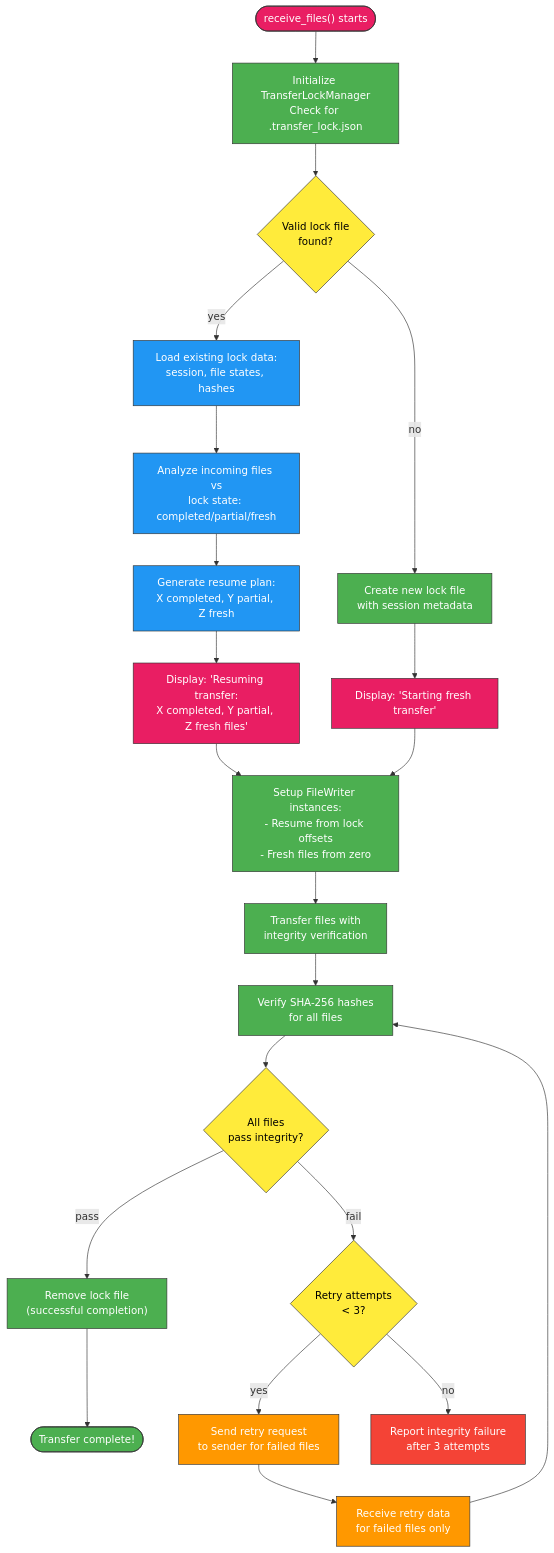
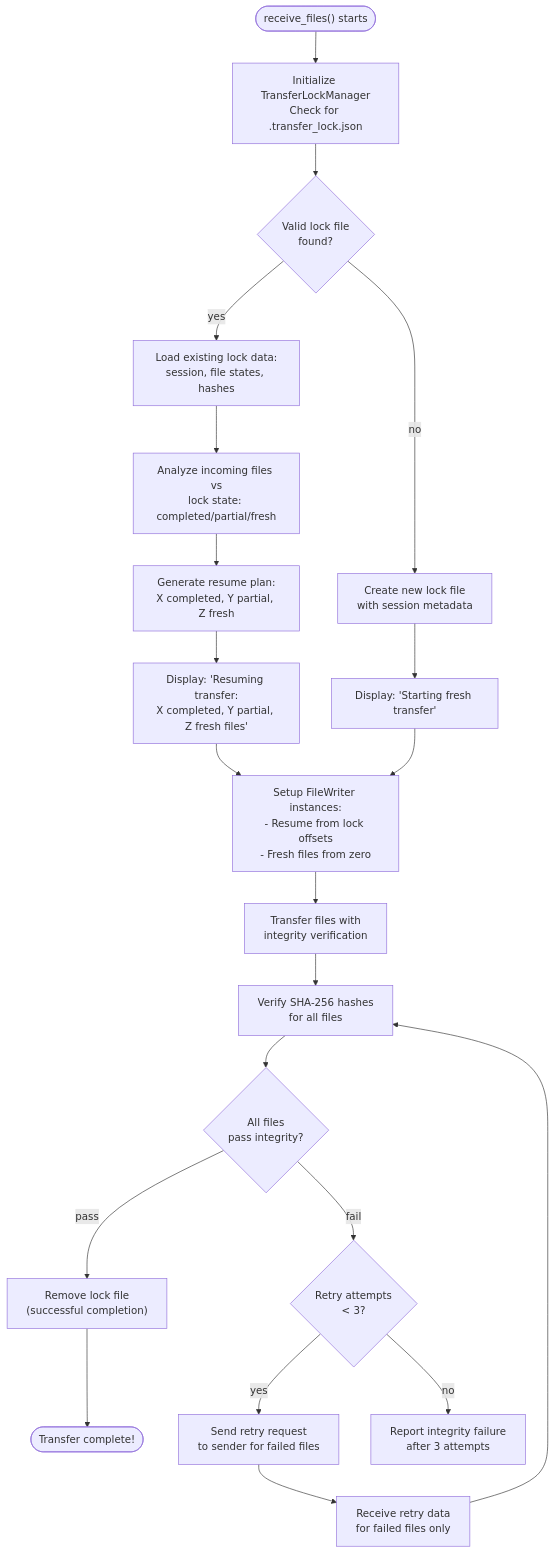
Before and after one commit to proudsunburn/ftransfer: the third of 3 diagrams in docs/receive_files.md, drawn with Mermaid. The commit also changed other lines of this file and 23 other files, not shown here.

Commit message:
MINOR: Remove colors from mermaid for easy light/dark mode switching

````diff
--- a/docs/receive_files.md
+++ b/docs/receive_files.md
@@ -166,58 +152,51 @@
 ```mermaid
 graph TD
-    start(["receive_files() starts"]):::pink
+    start(["receive_files() starts"])
 
-    check_lock["Initialize TransferLockManager<br/>Check for .transfer_lock.json"]:::success
-    lock_exists{"Valid lock file<br/>found?"}:::yellow
+    check_lock["Initialize TransferLockManager<br/>Check for .transfer_lock.json"]
+    lock_exists{"Valid lock file<br/>found?"}
 
-    load_lock["Load existing lock data:<br/>session, file states, hashes"]:::lightblue
-    analyze_files["Analyze incoming files vs<br/>lock state: completed/partial/fresh"]:::lightblue
-    create_plan["Generate resume plan:<br/>X completed, Y partial, Z fresh"]:::lightblue
-    show_resume["Display: 'Resuming transfer:<br/>X completed, Y partial, Z fresh files'"]:::pink
+    load_lock["Load existing lock data:<br/>session, file states, hashes"]
+    analyze_files["Analyze incoming files vs<br/>lock state: completed/partial/fresh"]
+    create_plan["Generate resume plan:<br/>X completed, Y partial, Z fresh"]
+    show_resume["Display: 'Resuming transfer:<br/>X completed, Y partial, Z fresh files'"]
 
-    create_lock["Create new lock file<br/>with session metadata"]:::success
-    show_fresh["Display: 'Starting fresh transfer'"]:::pink
+    create_lock["Create new lock file<br/>with session metadata"]
+    show_fresh["Display: 'Starting fresh transfer'"]
 
-    setup_writers["Setup FileWriter instances:<br/>- Resume from lock offsets<br/>- Fresh files from zero"]:::success
+    setup_writers["Setup FileWriter instances:<br/>- Resume from lock offsets<br/>- Fresh files from zero"]
 
-    transfer_loop["Transfer files with<br/>integrity verification"]:::success
-    check_integrity["Verify SHA-256 hashes<br/>for all files"]:::success
-    integrity_ok{"All files<br/>pass integrity?"}:::yellow
+    transfer_loop["Transfer files with<br/>integrity verification"]
+    check_integrity["Verify SHA-256 hashes<br/>for all files"]
+    integrity_ok{"All files<br/>pass integrity?"}
 
-    retry_count{"Retry attempts<br/>< 3?"}:::yellow
-    request_retry["Send retry request<br/>to sender for failed files"]:::orange
-    receive_retry["Receive retry data<br/>for failed files only"]:::orange
+    retry_count{"Retry attempts<br/>< 3?"}
+    request_retry["Send retry request<br/>to sender for failed files"]
+    receive_retry["Receive retry data<br/>for failed files only"]
 
-    cleanup_lock["Remove lock file<br/>(successful completion)"]:::success
-    complete(["Transfer complete!"]):::success
+    cleanup_lock["Remove lock file<br/>(successful completion)"]
+    complete(["Transfer complete!"])
 
-    final_error["Report integrity failure<br/>after 3 attempts"]:::error
+    final_error["Report integrity failure<br/>after 3 attempts"]
 
     start --> check_lock
     check_lock --> lock_exists
     lock_exists -->|yes| load_lock
     lock_exists -->|no| create_lock
     load_lock --> analyze_files
     analyze_files --> create_plan
     create_plan --> show_resume
     create_lock --> show_fresh
     show_resume --> setup_writers
     show_fresh --> setup_writers
     setup_writers --> transfer_loop
     transfer_loop --> check_integrity
     check_integrity --> integrity_ok
     integrity_ok -->|pass| cleanup_lock
     integrity_ok -->|fail| retry_count
     retry_count -->|yes| request_retry
     retry_count -->|no| final_error
     request_retry --> receive_retry
     receive_retry --> check_integrity
     cleanup_lock --> complete
-
-    classDef pink fill:#e91e63,stroke:#333,color:#fff
-    classDef success fill:#4caf50,stroke:#333,color:#fff
-    classDef yellow fill:#ffeb3b,stroke:#333,color:#000
-    classDef lightblue fill:#2196f3,stroke:#333,color:#fff
-    classDef orange fill:#ff9800,stroke:#333,color:#fff
-    classDef error fill:#f44336,stroke:#333,color:#fff
 ```
````
